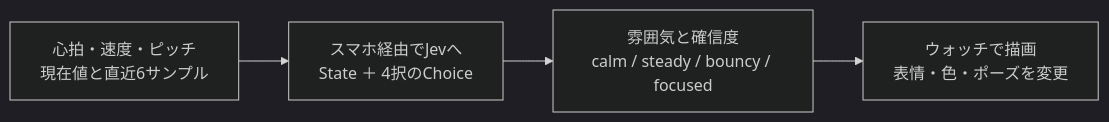
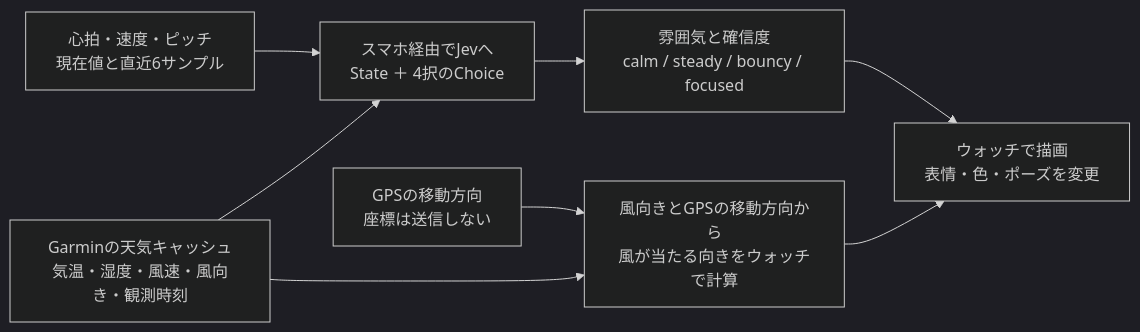
The diagram in README.md (kuromoka/garmin-fuel-guide), drawn with Mermaid (dark theme) before and after one commit. The commit also changed other lines of this file and 10 other files, not shown here.

````diff
--- a/README.md
+++ b/README.md
@@ -20,6 +20,10 @@
 ```mermaid
 flowchart LR
     A["心拍・速度・ピッチ<br/>現在値と直近6サンプル"] --> B["スマホ経由でJevへ<br/>State ＋ 4択のChoice"]
+    W["Garminの天気キャッシュ<br/>気温・湿度・風速・風向き・観測時刻"] --> B
+    W --> V["風向きとGPSの移動方向から<br/>風が当たる向きをウォッチで計算"]
+    G["GPSの移動方向<br/>座標は送信しない"] --> V
+    V --> D
     B --> C["雰囲気と確信度<br/>calm / steady / bouncy / focused"]
     C --> D["ウォッチで描画<br/>表情・色・ポーズを変更"]
 ```
````
